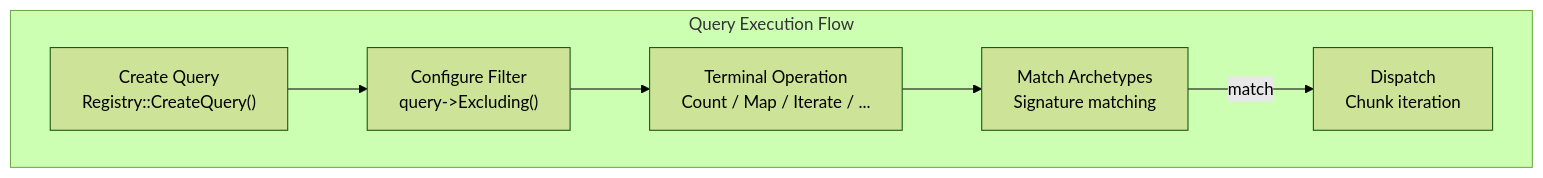
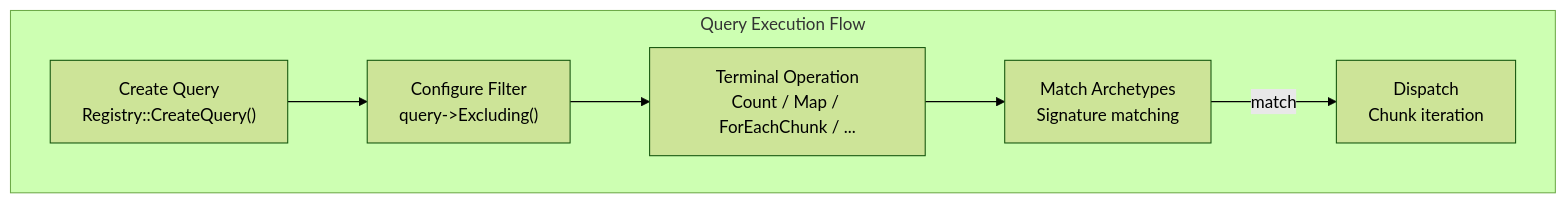
Before and after one commit to gilmar-sales/Freyr: the diagram in docs/api/query.md, drawn with Mermaid (forest theme). The commit also changed other lines of this file and 6 other files, not shown here.

First line of the commit message:
feat(core): add ForEachChunk terminal with ChunkView SoA spans

````diff
--- a/docs/api/query.md
+++ b/docs/api/query.md
@@ -16,15 +16,15 @@
 ```mermaid
 graph TB
     subgraph QueryFlow["Query Execution Flow"]
         Q["Create Query<br/>Registry::CreateQuery()"]
         F["Configure Filter<br/>query->Excluding<Ts...>()"]
-        T["Terminal Operation<br/>Count / Map / Iterate / ..."]
+        T["Terminal Operation<br/>Count / Map / ForEachChunk / ..."]
         M["Match Archetypes<br/>Signature matching"]
         D["Dispatch<br/>Chunk iteration"]
     end
 
     Q --> F --> T
     T --> M
     M -->|match| D
 
 ```
````
